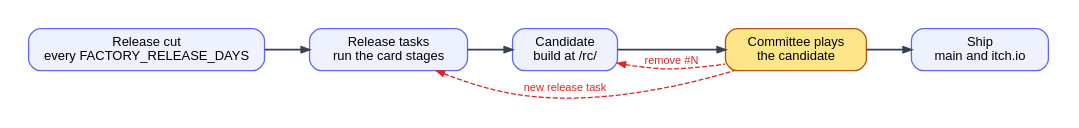
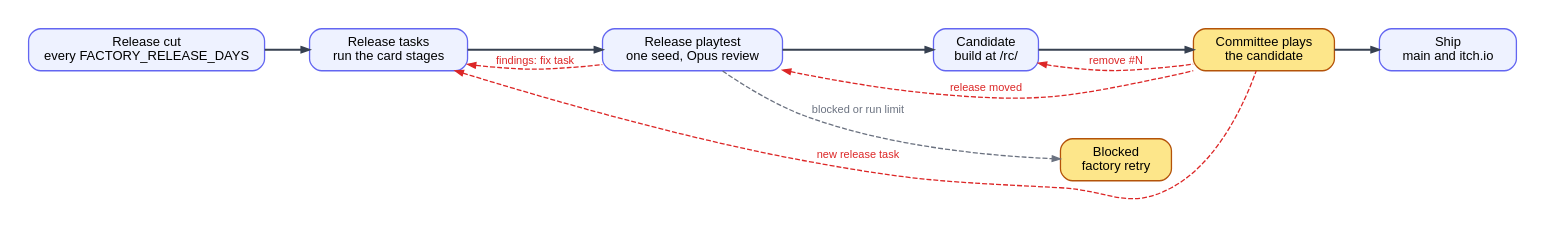
One commit to btseytlin/road-machiners changed the diagram in factory/docs/diagrams/release.dot. Above: the diagram before and after it, drawn with Graphviz. The commit also changed 46 other files, not shown here.

Commit message:
Release playtest gates the candidate: one seed on the release head, an Opus review, fix tasks and a block at the run limit

```diff
--- a/factory/docs/diagrams/release.dot
+++ b/factory/docs/diagrams/release.dot
@@ -1,12 +1,17 @@
-// Release. Black: normal path. Red: loops back. Yellow: waits for people.
+// Release. Black: normal path. Red: loops back. Grey: stops the flow. Yellow: waits for people.
 digraph release {
   rankdir=LR; nodesep=0.3; ranksep=0.6; bgcolor=white; pad=0.3;
   node [shape=box, style="rounded,filled", fillcolor="#eef2ff", color="#6366f1", fontname="Helvetica", fontsize=13, margin="0.2,0.1", penwidth=1.3, width=1.3];
   edge [color="#374151", penwidth=1.8, arrowsize=0.8, fontname="Helvetica", fontsize=11];
-  C [label="Release cut\nevery FACTORY_RELEASE_DAYS"]; T [label="Release tasks\nrun the card stages"]; B [label="Candidate\nbuild at /rc/"];
+  C [label="Release cut\nevery FACTORY_RELEASE_DAYS"]; T [label="Release tasks\nrun the card stages"]; G [label="Release playtest\none seed, Opus review"]; B [label="Candidate\nbuild at /rc/"];
   P [label="Committee plays\nthe candidate", fillcolor="#fde68a", color="#b45309"]; S [label="Ship\nmain and itch.io"];
-  C -> T -> B -> P -> S [weight=100];
+  BL [label="Blocked\nfactory retry", fillcolor="#fde68a", color="#b45309"];
+  C -> T -> G -> B -> P -> S [weight=100];
   edge [color="#dc2626", fontcolor="#dc2626", style=dashed, penwidth=1.3, dir=back, weight=0];
   T -> P [label="new release task"];
   B -> P [label="remove #N"];
+  T -> G [label="findings: fix task"];
+  G -> P [label="release moved"];
+  edge [color="#6b7280", fontcolor="#6b7280", style=dashed, penwidth=1.3, dir=forward, weight=0];
+  G -> BL [label="blocked or run limit"];
 }
```
